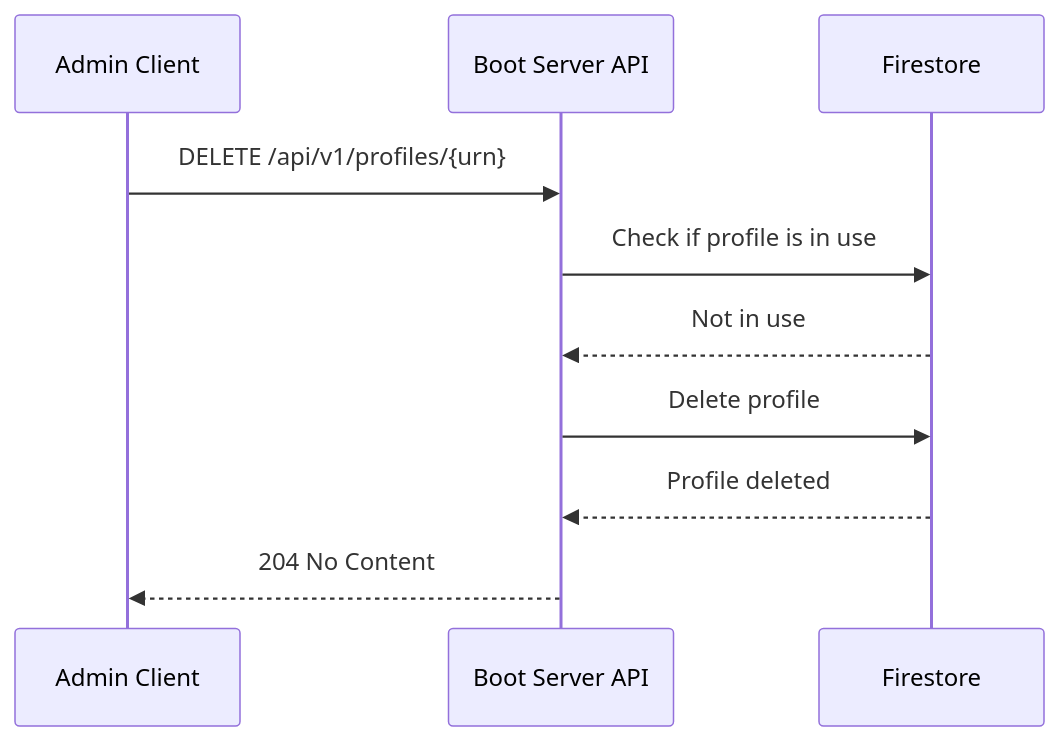
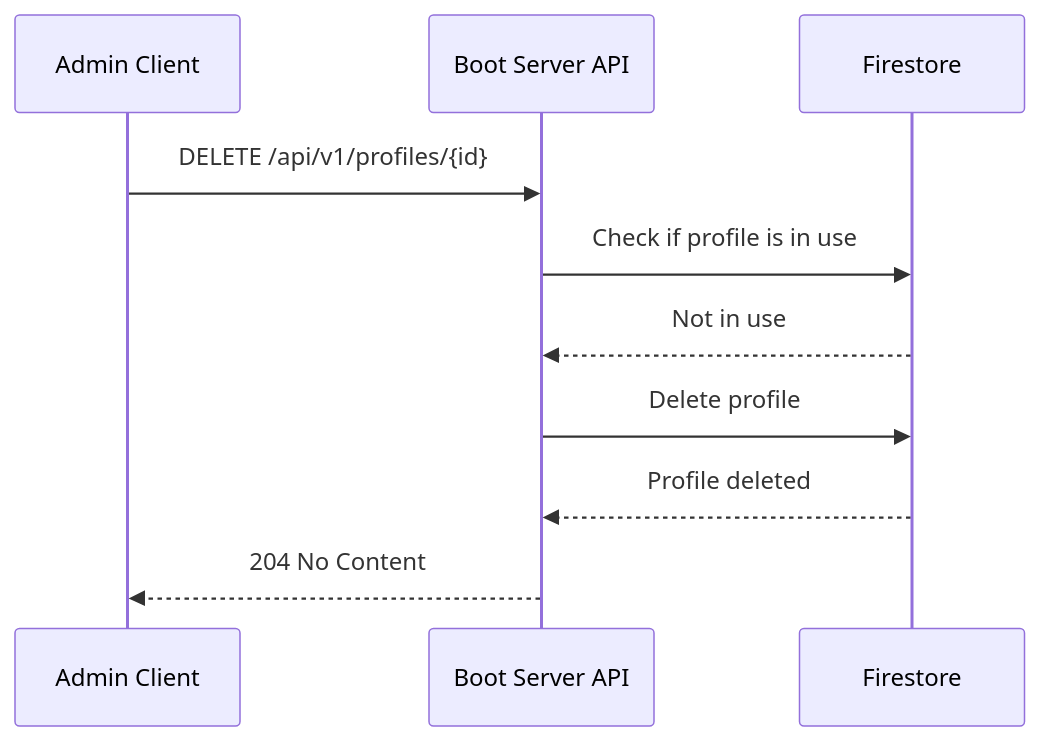
Diagram 14 of 15 in docs/content/r&d/services/boot/admin-api.md (Zaba505/infra), drawn with Mermaid before and after one commit. The commit also changed other lines of this file and 1 other file, not shown here.

Commit message:
docs(issue-605): update admin api based on resource id adr

````diff
--- a/docs/content/r&d/services/boot/admin-api.md
+++ b/docs/content/r&d/services/boot/admin-api.md
@@ -799,13 +799,13 @@
 ```mermaid
 sequenceDiagram
     participant Client as Admin Client
     participant API as Boot Server API
     participant DB as Firestore
     
-    Client->>API: DELETE /api/v1/profiles/{urn}
+    Client->>API: DELETE /api/v1/profiles/{id}
     API->>DB: Check if profile is in use
     DB-->>API: Not in use
     API->>DB: Delete profile
     DB-->>API: Profile deleted
     API-->>Client: 204 No Content
 ```
````
